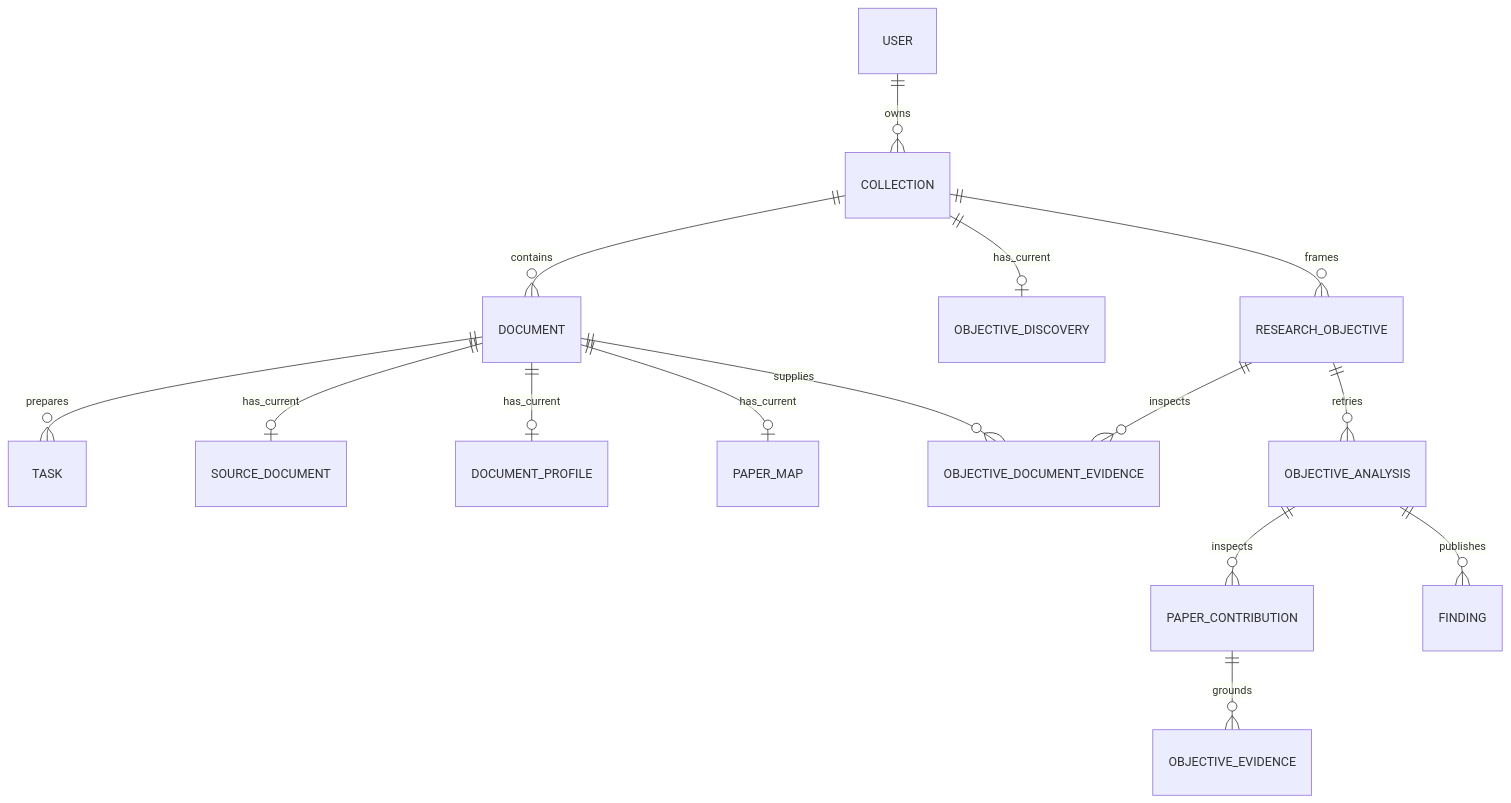
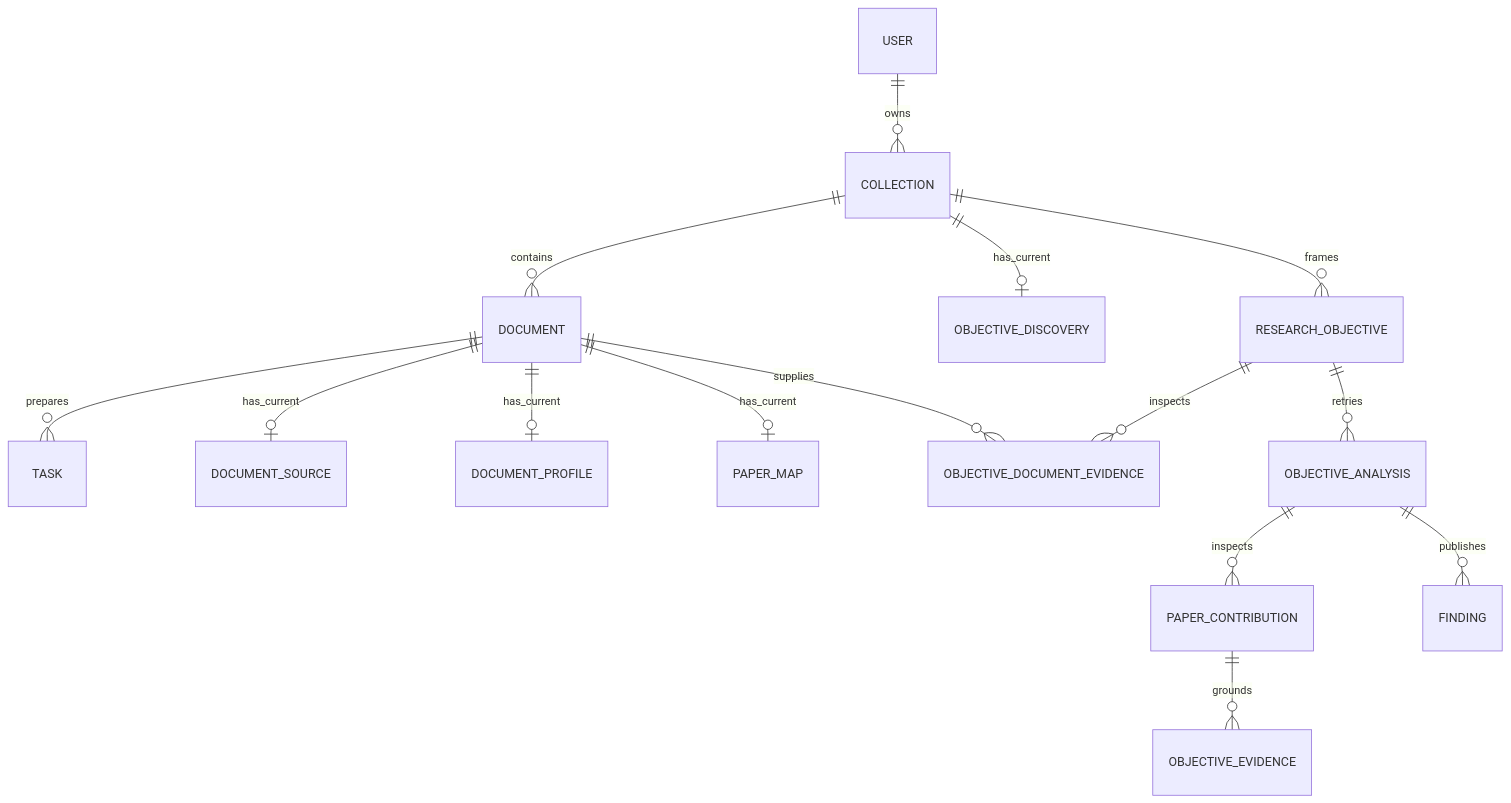
One commit to JeanphiloGong/tsingai-lens changed the diagram in backend/docs/architecture/persistence-model.md. Above: the diagram before and after it, drawn with Mermaid. The commit also changed other lines of this file and 16 other files, not shown here.

````diff
--- a/backend/docs/architecture/persistence-model.md
+++ b/backend/docs/architecture/persistence-model.md
@@ -151,17 +158,17 @@
 ```mermaid
 erDiagram
     USER ||--o{ COLLECTION : owns
     COLLECTION ||--o{ DOCUMENT : contains
     DOCUMENT ||--o{ TASK : prepares
-    DOCUMENT ||--o| SOURCE_DOCUMENT : has_current
+    DOCUMENT ||--o| DOCUMENT_SOURCE : has_current
     DOCUMENT ||--o| DOCUMENT_PROFILE : has_current
     DOCUMENT ||--o| PAPER_MAP : has_current
     COLLECTION ||--o| OBJECTIVE_DISCOVERY : has_current
     COLLECTION ||--o{ RESEARCH_OBJECTIVE : frames
     RESEARCH_OBJECTIVE ||--o{ OBJECTIVE_DOCUMENT_EVIDENCE : inspects
     DOCUMENT ||--o{ OBJECTIVE_DOCUMENT_EVIDENCE : supplies
     RESEARCH_OBJECTIVE ||--o{ OBJECTIVE_ANALYSIS : retries
     OBJECTIVE_ANALYSIS ||--o{ PAPER_CONTRIBUTION : inspects
     PAPER_CONTRIBUTION ||--o{ OBJECTIVE_EVIDENCE : grounds
     OBJECTIVE_ANALYSIS ||--o{ FINDING : publishes
 ```
````
